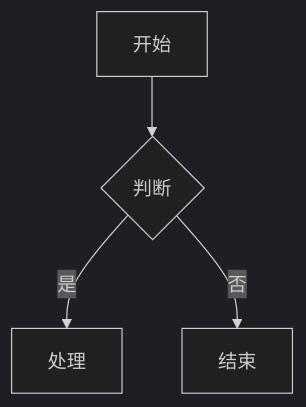
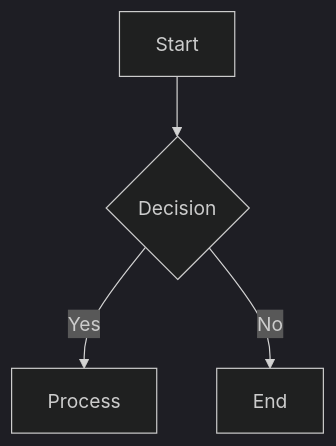
Before and after one commit to onshinpei/react-markdown-mermaid: the second of 9 diagrams in README.md, drawn with Mermaid (dark theme). The commit also changed other lines of this file and 1 other file, not shown here.

````diff
--- a/README.md
+++ b/README.md
@@ -237,6 +232,6 @@
 ```mermaid
 graph TD
-  A[开始] --> B{判断}
-  B -->|是| C[处理]
-  B -->|否| D[结束]
+  A[Start] --> B{Decision}
+  B -->|Yes| C[Process]
+  B -->|No| D[End]
 ```
````
